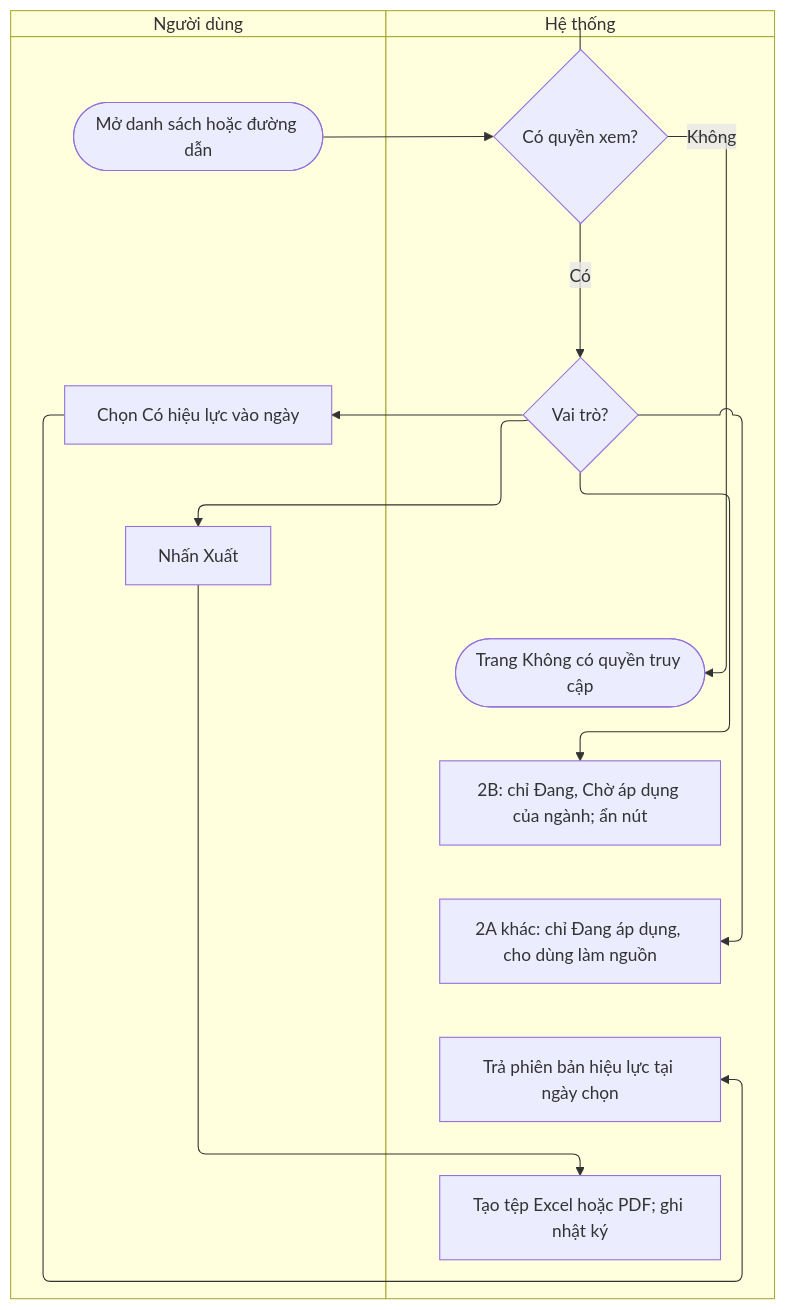
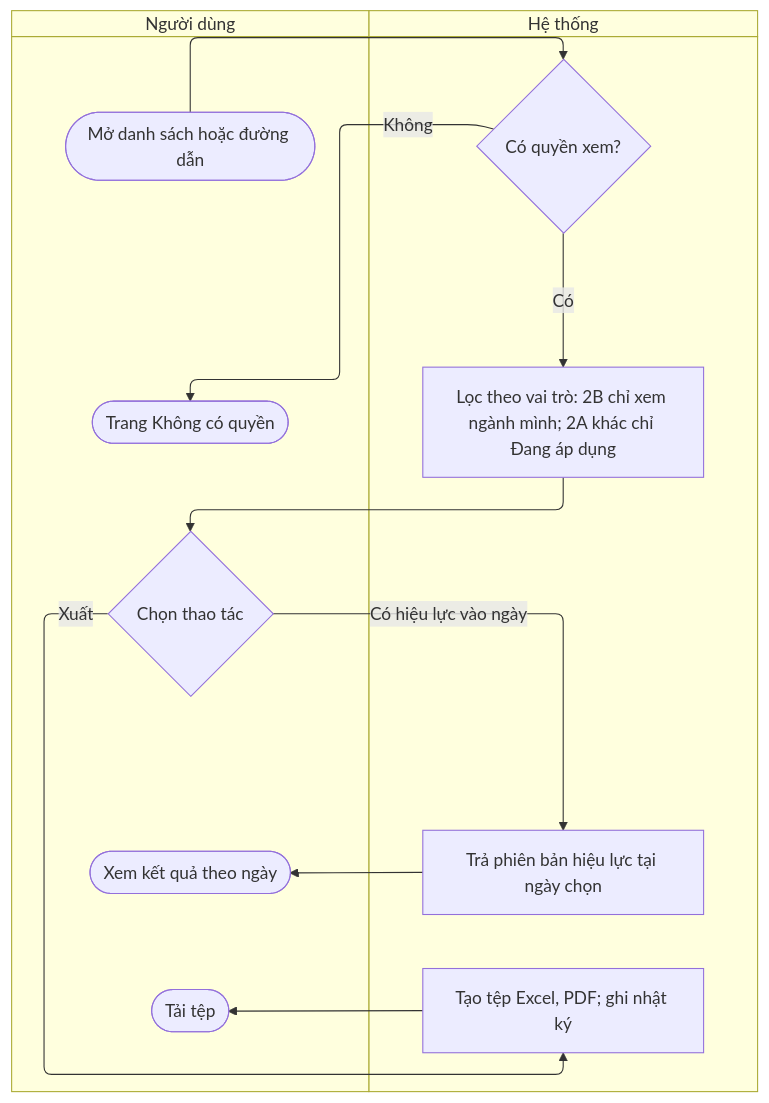
One commit to cuongnh-rd/ndatrace-attp changed the second of 2 diagrams in docs/prd/quy-trinh-tieu-chuan-txng/7.4-xem-va-tra-cuu.md. Above: the diagram before and after it, drawn with Mermaid. The commit also changed other lines of this file and 9 other files, not shown here.

First line of the commit message:
docs(prd): vẽ lại swimlane Quy trình tiêu chuẩn TXNG, phạm vi trùng ngành theo cơ quan cấp 2, sửa tham chiếu luồng

````diff
--- a/docs/prd/quy-trinh-tieu-chuan-txng/7.4-xem-va-tra-cuu.md
+++ b/docs/prd/quy-trinh-tieu-chuan-txng/7.4-xem-va-tra-cuu.md
@@ -75,26 +75,24 @@
 ```mermaid
 swimlane-beta TB
   subgraph ND["Người dùng"]
     s(["Mở danh sách hoặc đường dẫn"])
-    c1["Chọn Có hiệu lực vào ngày"]
-    c2["Nhấn Xuất"]
+    c0(["Trang Không có quyền"])
+    c1{"Chọn thao tác"}
+    c2(["Xem kết quả theo ngày"])
+    c3(["Tải tệp"])
   end
   subgraph HT["Hệ thống"]
     d0{"Có quyền xem?"}
-    h0(["Trang Không có quyền truy cập"])
-    d1{"Vai trò?"}
-    h1["2B: chỉ Đang, Chờ áp dụng của ngành; ẩn nút"]
-    h2["2A khác: chỉ Đang áp dụng, cho dùng làm nguồn"]
-    h3["Trả phiên bản hiệu lực tại ngày chọn"]
-    h4["Tạo tệp Excel hoặc PDF; ghi nhật ký"]
+    h1["Lọc theo vai trò: 2B chỉ xem ngành mình; 2A khác chỉ Đang áp dụng"]
+    h2["Trả phiên bản hiệu lực tại ngày chọn"]
+    h3["Tạo tệp Excel, PDF; ghi nhật ký"]
   end
   s --> d0
-  d0 -->|Không| h0
-  d0 -->|Có| d1
-  d1 --> h1
-  d1 --> h2
-  d1 --> c1
-  c1 --> h3
-  d1 --> c2
-  c2 --> h4
+  d0 -->|Không| c0
+  d0 -->|Có| h1
+  h1 --> c1
+  c1 -->|Có hiệu lực vào ngày| h2
+  c1 -->|Xuất| h3
+  h2 --> c2
+  h3 --> c3
 ```
````
